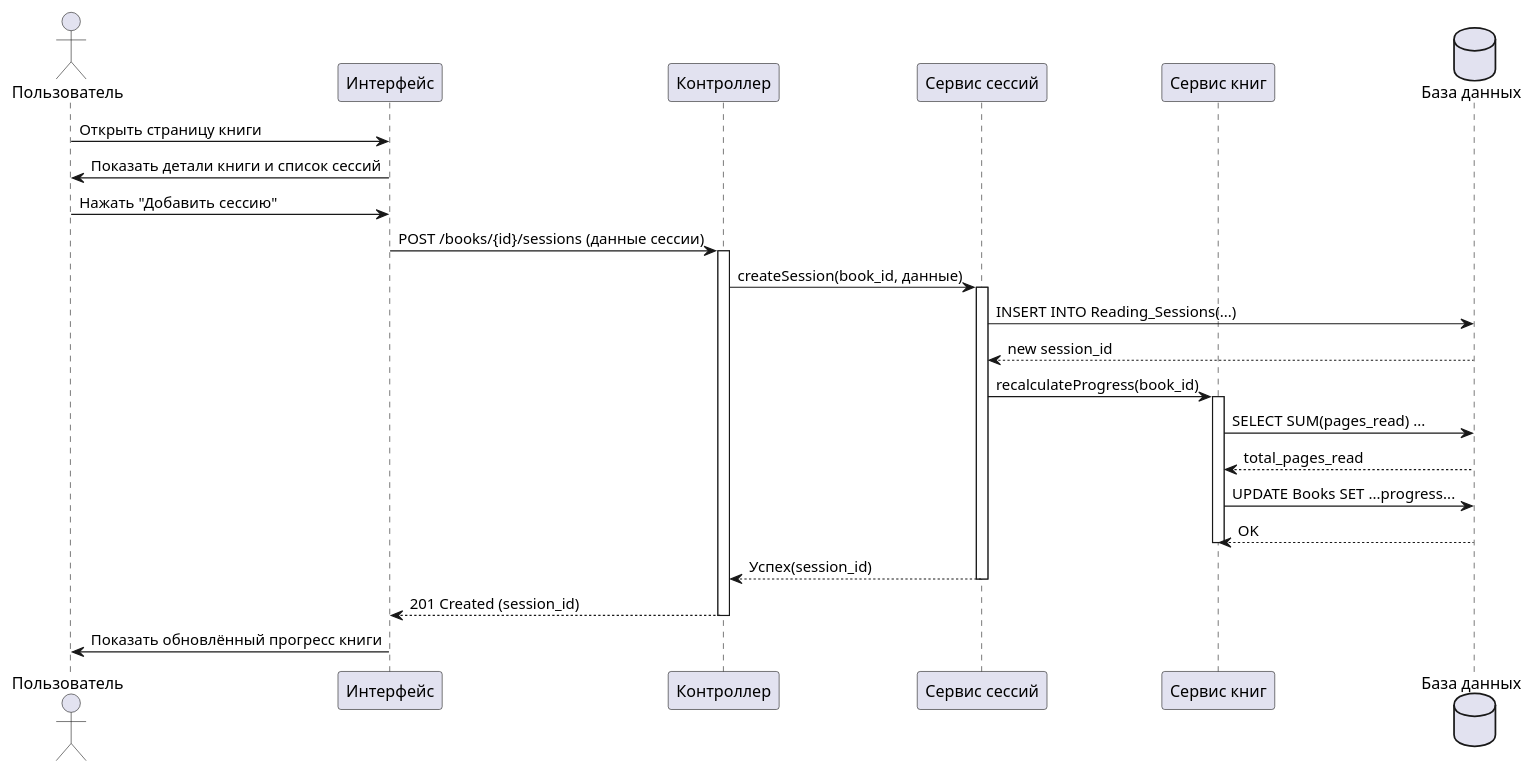
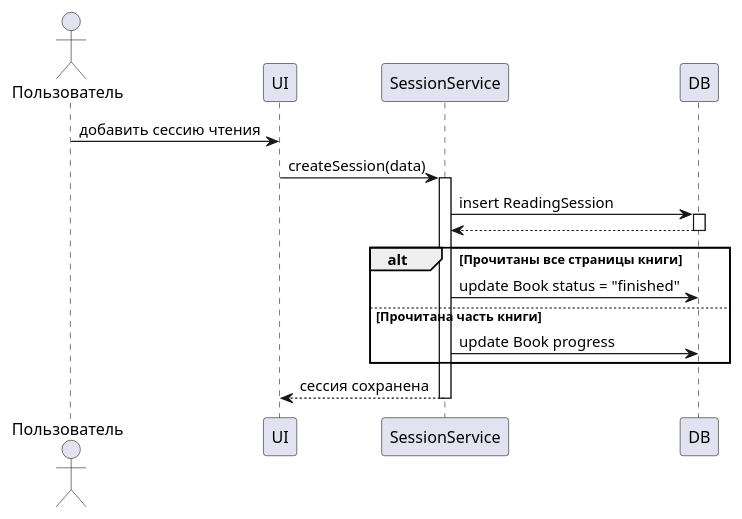
The diagram in docs/behavior/sequence/add_session_sequence.puml (darkssss-web/Read-Tracker), drawn with PlantUML before and after one commit.

```diff
--- a/docs/behavior/sequence/add_session_sequence.puml
+++ b/docs/behavior/sequence/add_session_sequence.puml
@@ -1,42 +1,24 @@
-@startuml Добавление_Сессии_Чтения
+@startuml
+actor Пользователь
+participant UI
+participant "SessionService" as Service
+participant DB
 
-actor "Пользователь" as User
-participant "Интерфейс" as UI
-participant "Контроллер" as Controller
-participant "Сервис сессий" as SessionService
-participant "Сервис книг" as BookService
-database "База данных" as DB
+Пользователь -> UI : добавить сессию чтения
+UI -> Service : createSession(data)
+activate Service
 
-User -> UI : Открыть страницу книги
-UI -> User : Показать детали книги и список сессий
+Service -> DB : insert ReadingSession
+activate DB
+DB --> Service
+deactivate DB
 
-User -> UI : Нажать "Добавить сессию"
-UI -> Controller : POST /books/{id}/sessions (данные сессии)
-activate Controller
+alt Прочитаны все страницы книги
+  Service -> DB : update Book status = "finished"
+else Прочитана часть книги
+  Service -> DB : update Book progress
+end
 
-Controller -> SessionService : createSession(book_id, данные)
-activate SessionService
-
-SessionService -> DB : INSERT INTO Reading_Sessions(...)
-DB --> SessionService : new session_id
-
-' Обновляем прогресс книги после добавления сессии
-SessionService -> BookService : recalculateProgress(book_id)
-activate BookService
-
-BookService -> DB : SELECT SUM(pages_read) ...
-DB --> BookService : total_pages_read
-
-BookService -> DB : UPDATE Books SET ...progress...
-DB --> BookService : OK
-deactivate BookService
-
-SessionService --> Controller : Успех(session_id)
-deactivate SessionService
-
-Controller --> UI : 201 Created (session_id)
-deactivate Controller
-
-UI -> User : Показать обновлённый прогресс книги
-
+Service --> UI : сессия сохранена
+deactivate Service
 @enduml
```
